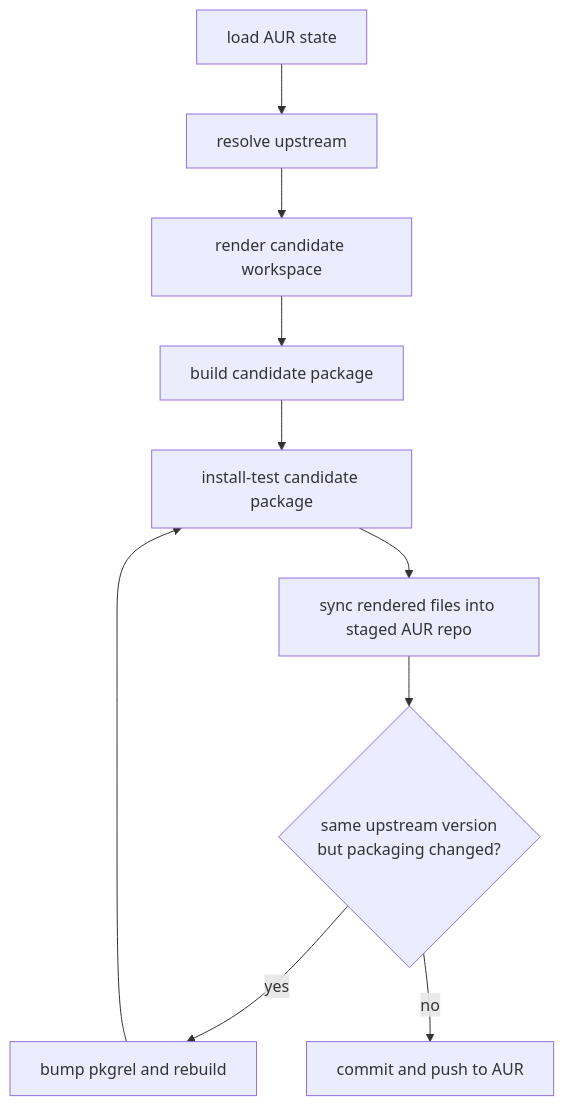
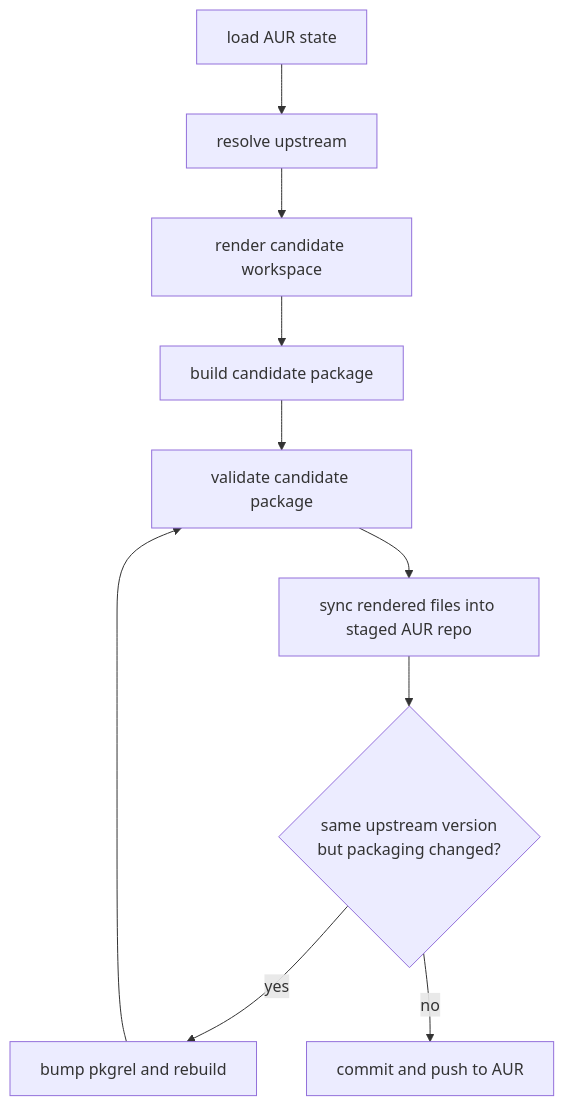
Before and after one commit to theorangeguo/aur-packages: the third of 4 diagrams in docs/WORKFLOW.md, drawn with Mermaid. The commit also changed other lines of this file and 22 other files, not shown here.

````diff
--- a/docs/WORKFLOW.md
+++ b/docs/WORKFLOW.md
@@ -132,12 +134,12 @@
 ```mermaid
 flowchart TD
     A[load AUR state] --> B[resolve upstream]
     B --> C[render candidate workspace]
     C --> D[build candidate package]
-    D --> E[install-test candidate package]
+    D --> E[validate candidate package]
     E --> F[sync rendered files into staged AUR repo]
     F --> G{same upstream version\nbut packaging changed?}
     G -- yes --> H[bump pkgrel and rebuild]
     H --> E
     G -- no --> I[commit and push to AUR]
 ```
````
